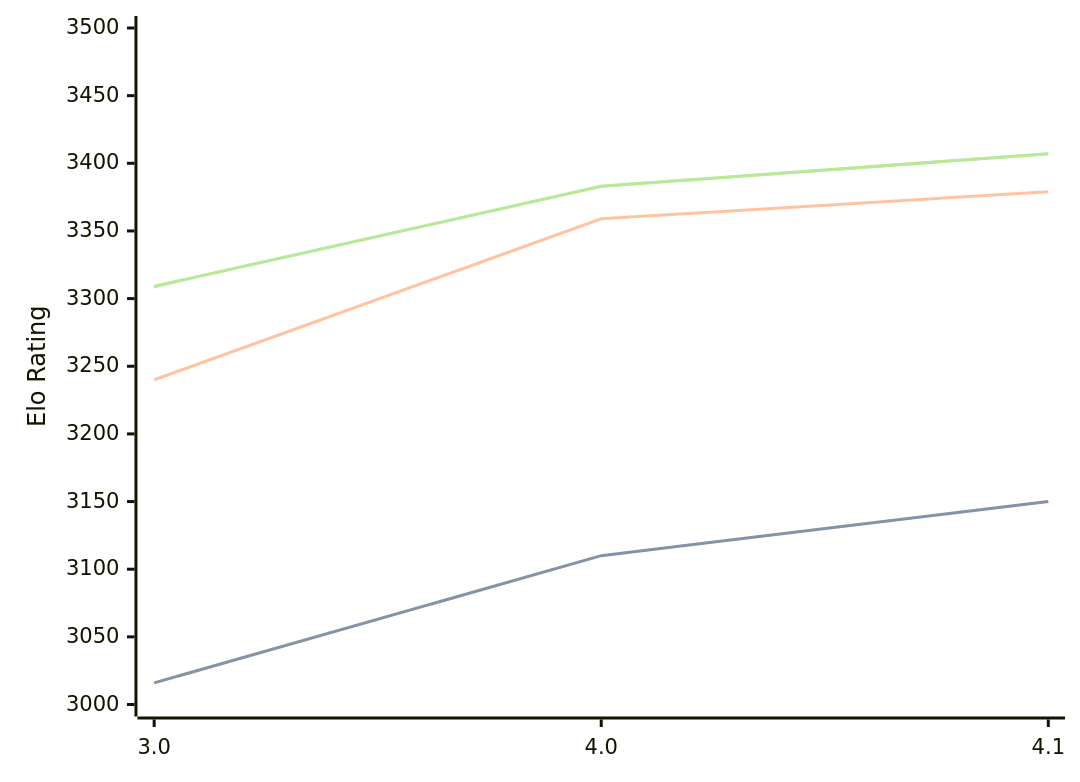
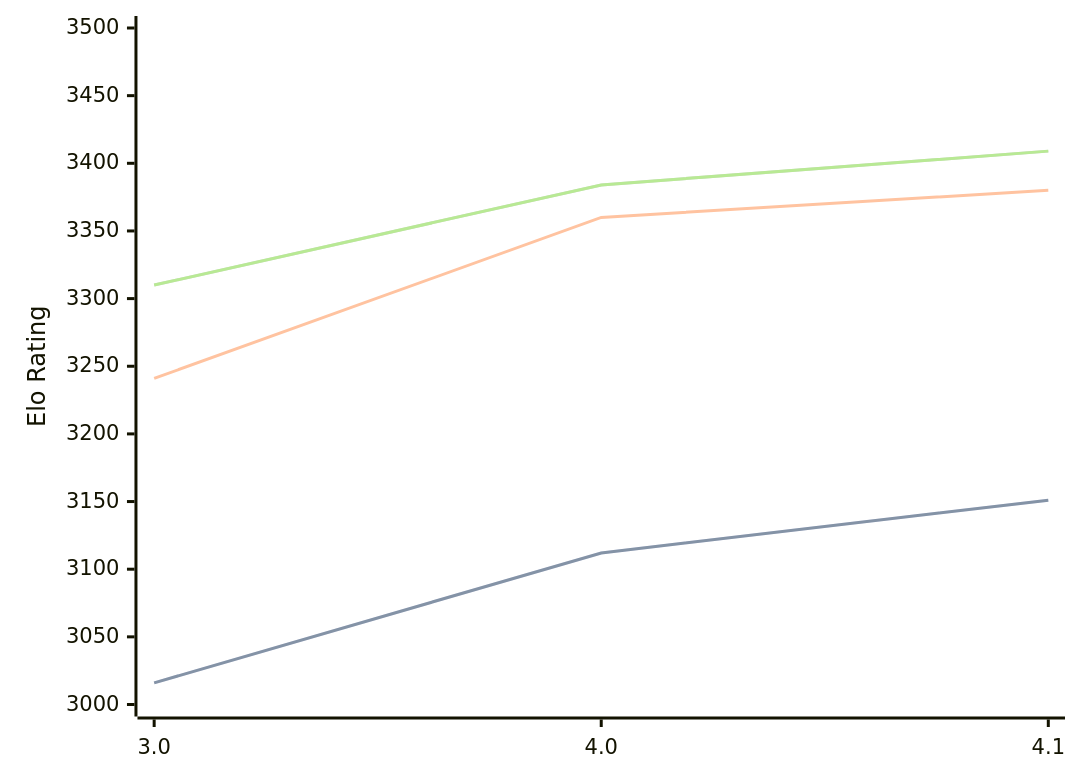
One commit to computer-chess-index/cci changed the diagram in engines/Eleanor.md. Above: the diagram before and after it, drawn with Mermaid. The commit also changed other lines of this file, not shown here.

Commit message:
Update CCI Ratings (ELO VLTC) - 2026-07-23

````diff
--- a/engines/Eleanor.md
+++ b/engines/Eleanor.md
@@ -35,11 +35,11 @@
 ```mermaid
 %%{init: {"theme":"base","themeVariables":{"seriesColors:['#a3a3a3','#222221','#faa371']}}}%%
 xychart-beta
   x-axis ["3.0", "4.0", "4.1"]
   y-axis "Elo Rating" 3000 --> 3500
-  line "STC (8.0+0.08s)" [3016, 3110, 3150]
-  line "STC (8.0+0.08s)" [3016, 3110, 3150]
-  line "LTC (60.0+0.60s)" [3240, 3359, 3379]
-  line "VLTC (2m24s+1.12s)" [3309, 3383, 3407]
-  line "VLTC (2m24s+1.12s)" [3309, 3383, 3407]
+  line "STC (8.0+0.08s)" [3016, 3112, 3151]
+  line "STC (8.0+0.08s)" [3016, 3112, 3151]
+  line "LTC (60.0+0.60s)" [3241, 3360, 3380]
+  line "VLTC (2m24s+1.12s)" [3310, 3384, 3409]
+  line "VLTC (2m24s+1.12s)" [3310, 3384, 3409]
 ```
````
